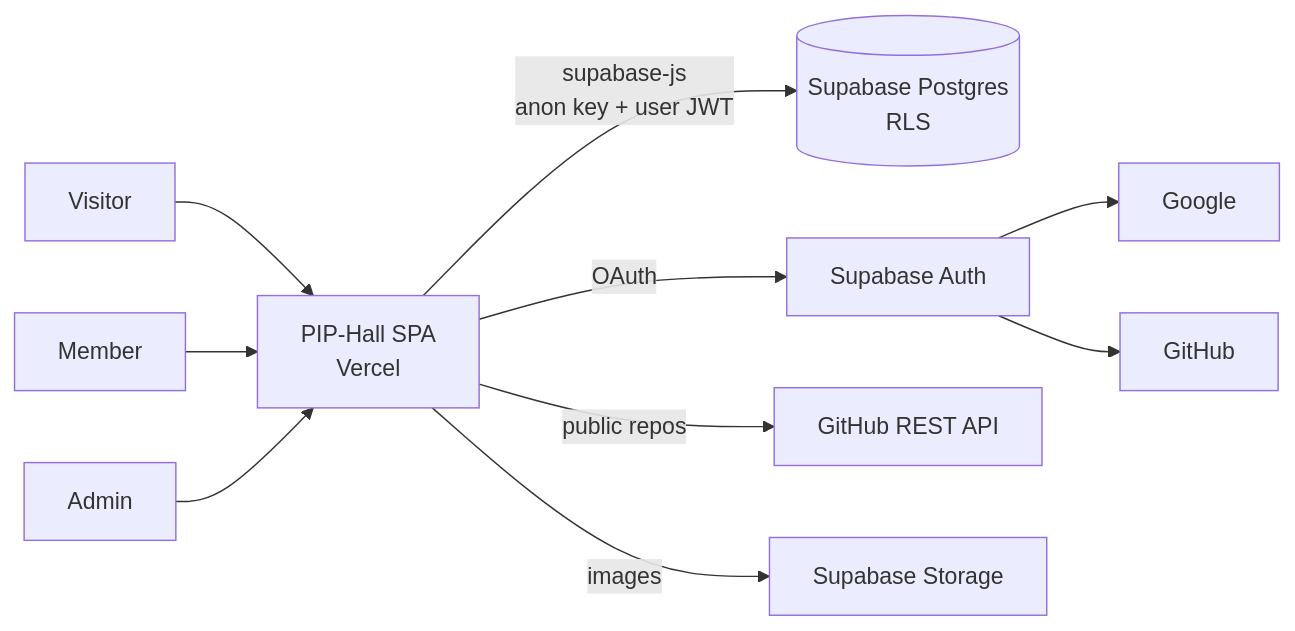
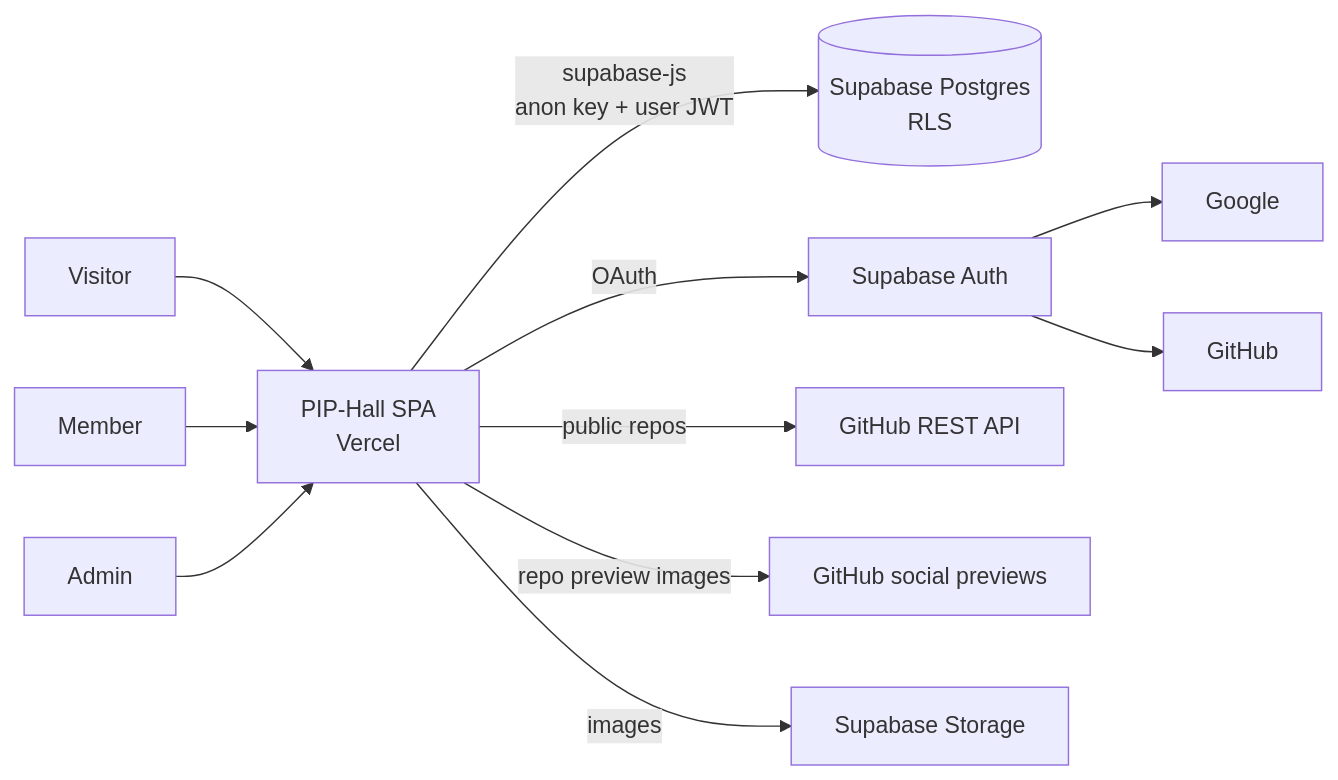
One commit to Muj-csv/PIP-Hall changed the third of 3 diagrams in README.md. Above: the diagram before and after it, drawn with Mermaid. The commit also changed other lines of this file and 8 other files, not shown here.

````diff
--- a/README.md
+++ b/README.md
@@ -170,12 +196,13 @@
 ```mermaid
 flowchart LR
   V[Visitor] --> APP[PIP-Hall SPA<br/>Vercel]
   M[Member] --> APP
   AD[Admin] --> APP
   APP -->|supabase-js<br/>anon key + user JWT| DB[(Supabase Postgres<br/>RLS)]
   APP -->|OAuth| AUTH[Supabase Auth]
   AUTH --> G[Google]
   AUTH --> GH[GitHub]
   APP -->|public repos| GHAPI[GitHub REST API]
+  APP -->|repo preview images| OG[GitHub social previews]
   APP -->|images| ST[Supabase Storage]
 ```
````
